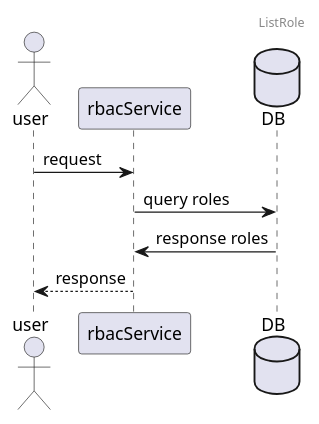
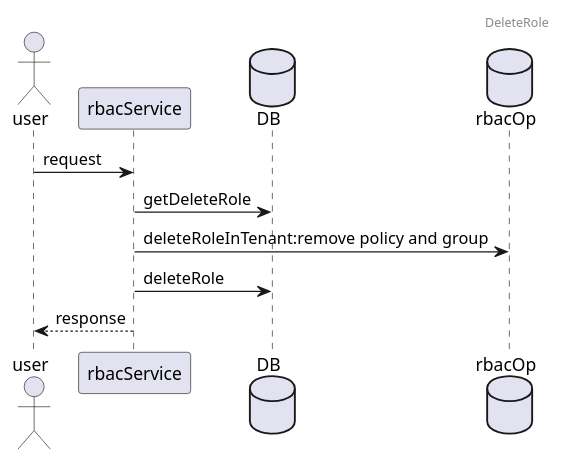
Before and after one commit to tkeel-io/docs: diagram 21 of 23 in docs/api/appendix/plantuml/rudder.md, drawn with PlantUML. The commit also changed other lines of this file and 4 other files, not shown here.

Commit message:
feat:user&tenant&monitor uml

````diff
--- a/docs/api/appendix/plantuml/rudder.md
+++ b/docs/api/appendix/plantuml/rudder.md
@@ -617,13 +419,17 @@
 ```plantuml
 
-header ListRole
+header DeleteRole
 
 actor user
 participant rbacService
 database DB
+database rbacOp
+
+
 user->rbacService:request
-rbacService->DB:query roles
-DB->rbacService: response roles
+rbacService->DB:getDeleteRole
+rbacService->rbacOp:deleteRoleInTenant:remove policy and group
+rbacService->DB:deleteRole
 rbacService-->user:response
 
 ```
````
